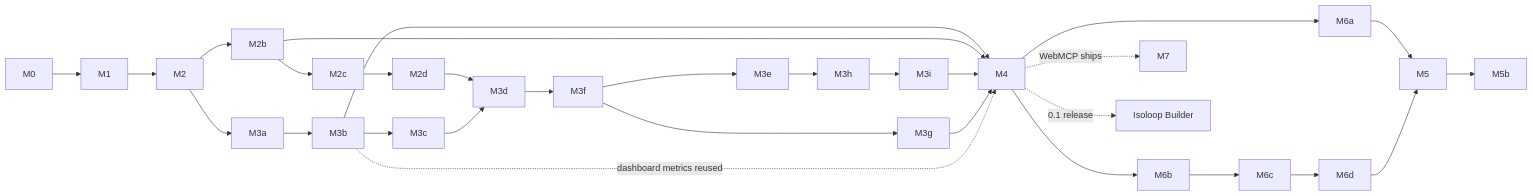
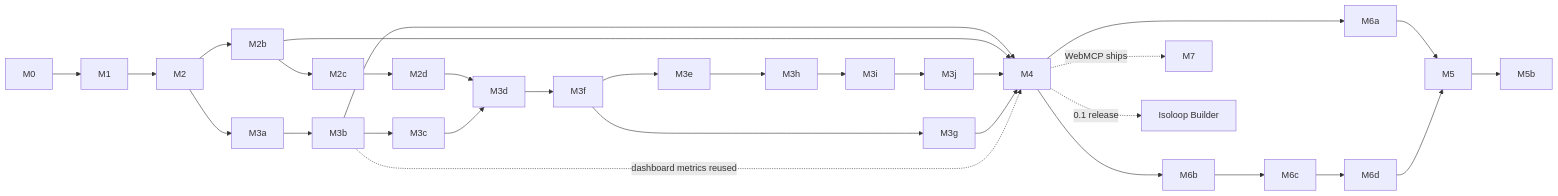
Before and after one commit to isoloop/isoloop: the diagram in docs/plans/README.md, drawn with Mermaid. The commit also changed other lines of this file and 5 other files, not shown here.

````diff
--- a/docs/plans/README.md
+++ b/docs/plans/README.md
@@ -41,14 +42,14 @@
 ```mermaid
 flowchart LR
   M0 --> M1 --> M2 --> M3a --> M3b --> M4
   M2 --> M2b --> M4
   M4 --> M6a & M6b
   M6b --> M6c --> M6d
   M6a & M6d --> M5 --> M5b
   M4 -. "WebMCP ships" .-> M7
   M4 -. "0.1 release" .-> Builder["Isoloop Builder"]
-  M2b --> M2c --> M2d --> M3d --> M3f --> M3e --> M3h --> M3i --> M4
+  M2b --> M2c --> M2d --> M3d --> M3f --> M3e --> M3h --> M3i --> M3j --> M4
   M3f --> M3g --> M4
   M3b --> M3c --> M3d
   M3b -. "dashboard metrics reused" .-> M4
 ```
````
